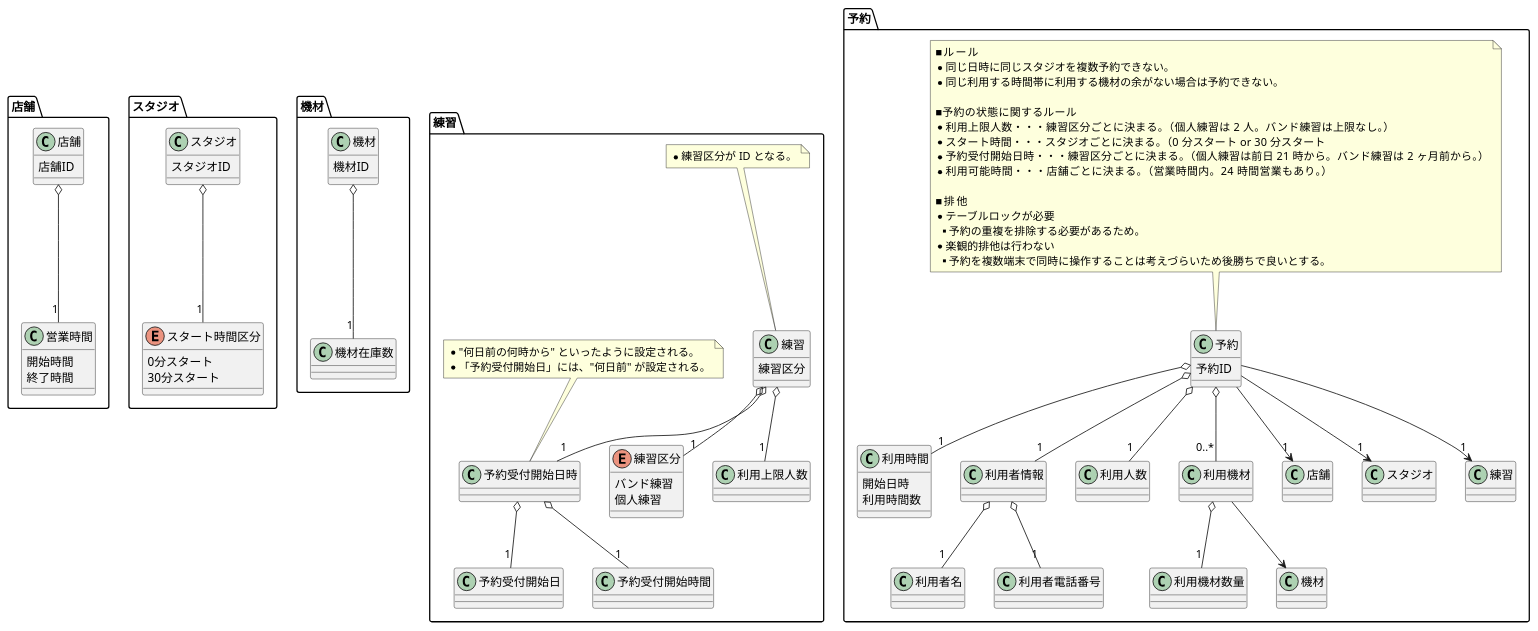
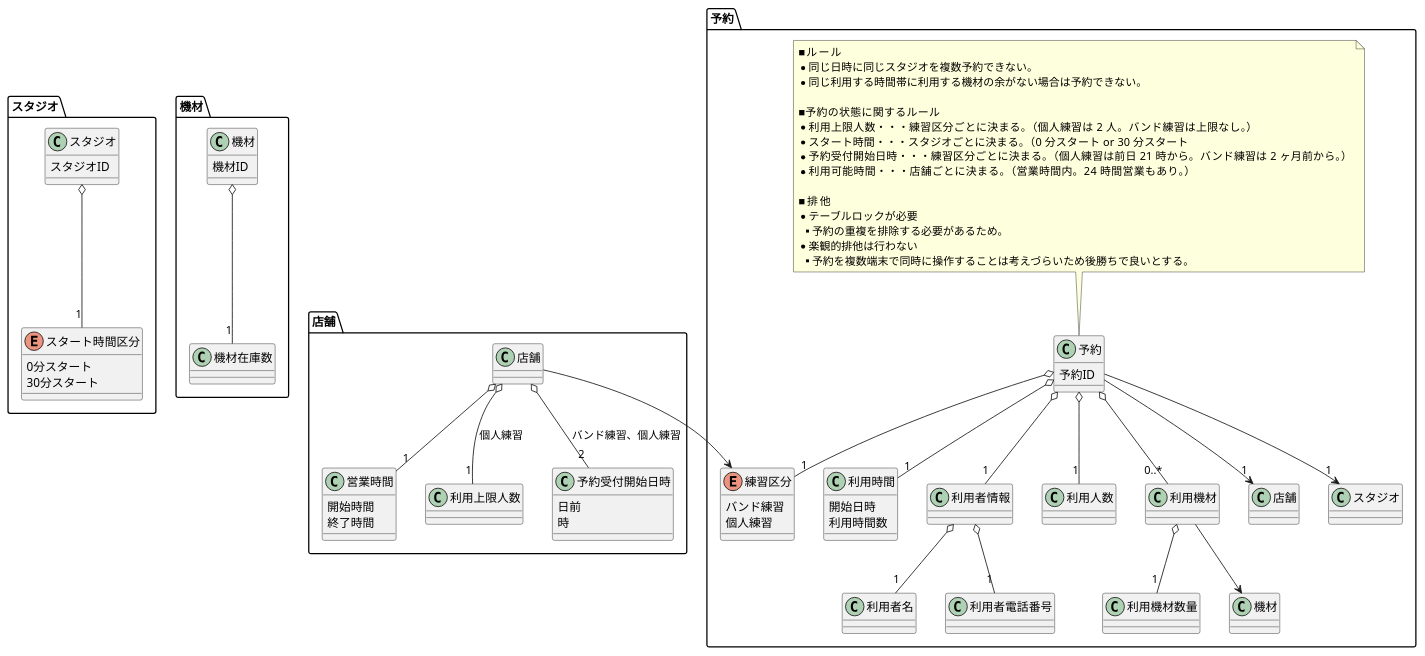
The diagram in modeling/07_DomainModel_予約.pu (TakashiOnawa/ddd-practice-studio-reservation), drawn with PlantUML before and after one commit. The commit also changed 19 other files, not shown here.

```diff
--- a/modeling/07_DomainModel_予約.pu
+++ b/modeling/07_DomainModel_予約.pu
@@ -1,121 +1,102 @@
 @startuml DomainModel
-
-package 店舗 {
-    class 店舗 {
-        店舗ID
-    }
-
-    class 営業時間 {
-        開始時間
-        終了時間
-    }
-
-    店舗 o-- "1" 営業時間
-}
 
 package スタジオ {
     class スタジオ {
         スタジオID
     }
 
     enum スタート時間区分 {
         0分スタート
         30分スタート
     }
 
     スタジオ o-- "1" スタート時間区分
 }
 
 package 機材 {
     class 機材 {
         機材ID
     }
 
     class 機材在庫数
 
     機材 o-- "1" 機材在庫数
 }
 
-package 練習 {
-    class 練習 {
-        練習区分
-    }
-
-    enum 練習区分 {
-        バンド練習
-        個人練習
-    }
-
-    class 利用上限人数
-
-    class 予約受付開始日時
-    class 予約受付開始日
-    class 予約受付開始時間
-    予約受付開始日時 o-- "1" 予約受付開始日
-    予約受付開始日時 o-- "1" 予約受付開始時間
-    
-    練習 o-- "1" 練習区分
-    練習 o-- "1" 利用上限人数
-    練習 o-- "1" 予約受付開始日時
-
-    note top of 練習
-    * 練習区分が ID となる。
-    end note
-
-    note top of 予約受付開始日時
-    * "何日前の何時から" といったように設定される。
-    * 「予約受付開始日」には、"何日前" が設定される。 
-    end note
-}
-
 package 予約 {
     class 予約 {
         予約ID
     }
 
     class 利用時間 {
         開始日時
         利用時間数
     }
 
     class 利用者情報
     class 利用者名
     class 利用者電話番号
     利用者情報 o-- "1" 利用者名
     利用者情報 o-- "1" 利用者電話番号
 
     class 利用人数
 
+    enum 練習区分 {
+        バンド練習
+        個人練習
+    }
+
     class 利用機材
     class 利用機材数量
     利用機材 --> 機材
     利用機材 o-- "1" 利用機材数量
 
     予約 --> "1" 店舗
     予約 --> "1" スタジオ
     予約 o-- "1" 利用時間
     予約 o-- "1" 利用者情報
     予約 o-- "1" 利用人数
-    予約 --> "1" 練習
+    予約 o-- "1" 練習区分
     予約 o-- "0..*" 利用機材
 
     note top of 予約
     ■ルール
     * 同じ日時に同じスタジオを複数予約できない。
     * 同じ利用する時間帯に利用する機材の余がない場合は予約できない。
 
     ■予約の状態に関するルール
     * 利用上限人数・・・練習区分ごとに決まる。（個人練習は 2 人。バンド練習は上限なし。）
     * スタート時間・・・スタジオごとに決まる。（0 分スタート or 30 分スタート
     * 予約受付開始日時・・・練習区分ごとに決まる。（個人練習は前日 21 時から。バンド練習は 2 ヶ月前から。）
     * 利用可能時間・・・店舗ごとに決まる。（営業時間内。24 時間営業もあり。）  
 
     ■排他
     * テーブルロックが必要
     ** 予約の重複を排除する必要があるため。
     * 楽観的排他は行わない
     ** 予約を複数端末で同時に操作することは考えづらいため後勝ちで良いとする。
     end note
 }
 
+package 店舗 {
+    class 店舗 {
+    }
+
+    class 営業時間 {
+        開始時間
+        終了時間
+    }
+    
+    class 利用上限人数
+    class 予約受付開始日時 {
+        日前
+        時
+    }
+
+    店舗 o-- "1" 営業時間
+    店舗 o-- "2" 予約受付開始日時 : バンド練習、個人練習
+    店舗 o-- "1" 利用上限人数 : 個人練習
+    店舗 --> 練習区分
+}
+
 @enduml
```
